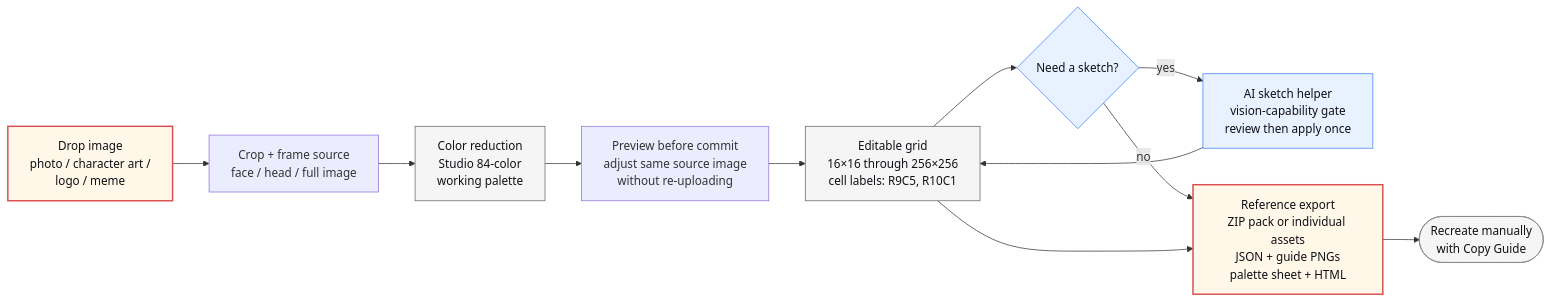
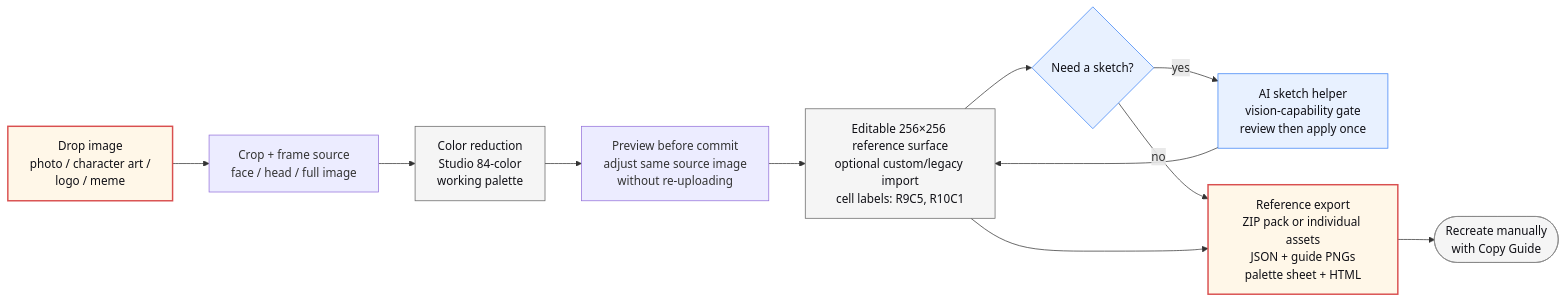
Before and after one commit to RazonIn4K/Mii-pixelart: the second of 2 diagrams in living-the-grid-studio/README.md, drawn with Mermaid. The commit also changed other lines of this file and 62 other files, not shown here.

````diff
--- a/living-the-grid-studio/README.md
+++ b/living-the-grid-studio/README.md
@@ -118,22 +122,22 @@
 ```mermaid
 flowchart LR
     IMG[Drop image<br/>photo / character art /<br/>logo / meme] --> FRAME[Crop + frame source<br/>face / head / full image]
     FRAME --> QUANT[Color reduction<br/>Studio 84-color<br/>working palette]
     QUANT --> PREVIEW[Preview before commit<br/>adjust same source image<br/>without re-uploading]
-    PREVIEW --> GRID[Editable grid<br/>16×16 through 256×256<br/>cell labels: R9C5, R10C1]
+    PREVIEW --> GRID[Editable 256×256 reference surface<br/>optional custom/legacy import<br/>cell labels: R9C5, R10C1]
     GRID --> AI{Need a sketch?}
     AI -- yes --> SKETCH[AI sketch helper<br/>vision-capability gate<br/>review then apply once]
     SKETCH --> GRID
     AI -- no --> EXPORT[Reference export<br/>ZIP pack or individual assets<br/>JSON + guide PNGs<br/>palette sheet + HTML]
     GRID --> EXPORT
     EXPORT --> COPY([Recreate manually<br/>with Copy Guide])
 
     classDef io fill:#fff7e8,stroke:#d94f4f,color:#101016,stroke-width:2px
     classDef step fill:#f5f5f5,stroke:#666,color:#101016
     classDef ai fill:#e8f1ff,stroke:#3b82f6,color:#101016
     classDef terminal fill:#f5f5f5,stroke:#888,color:#101016
     class IMG,EXPORT io
     class QUANT,GRID step
     class AI,SKETCH ai
     class COPY terminal
 ```
````
